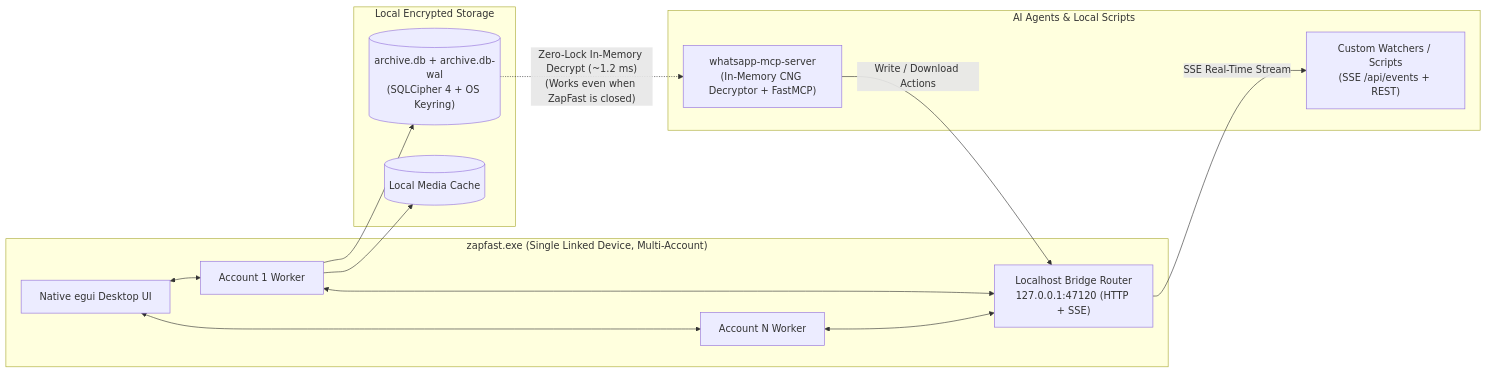
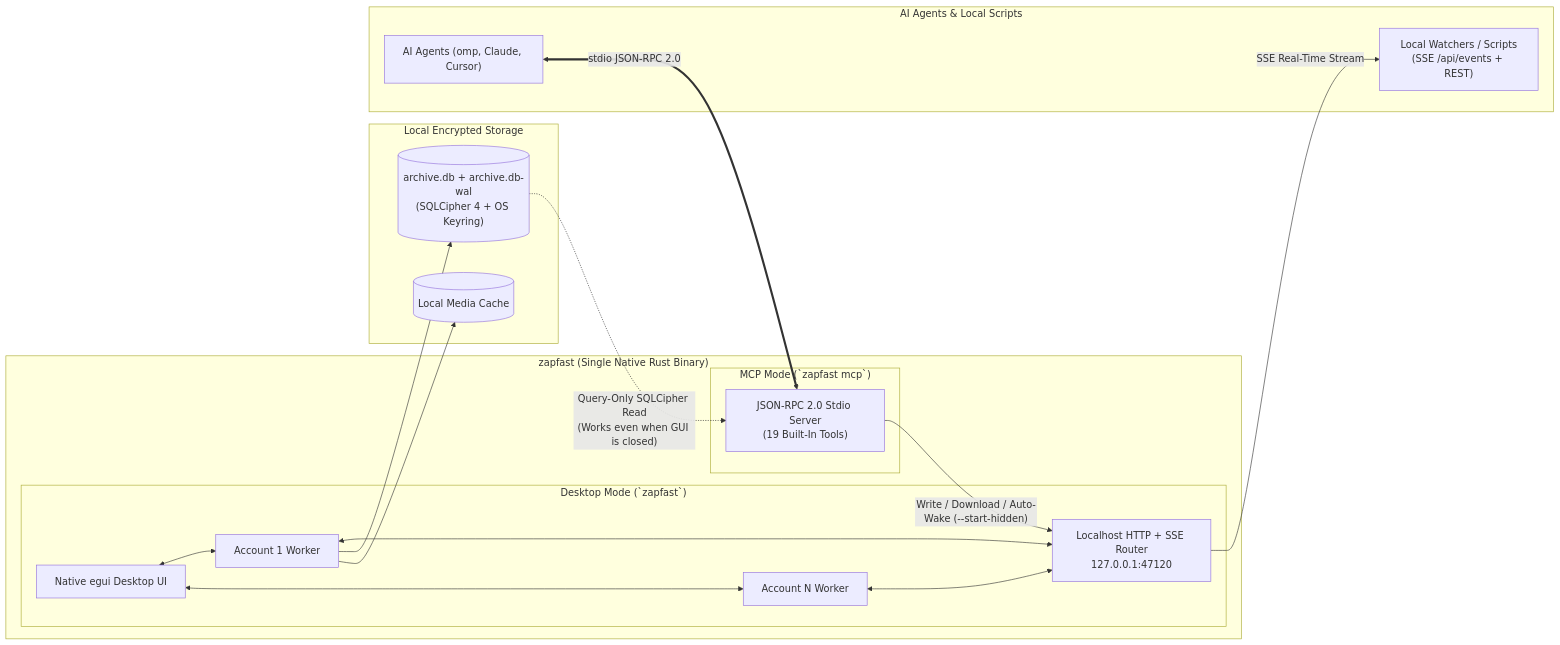
The diagram in README.md (PramaAditya/zapfast), drawn with Mermaid before and after one commit. The commit also changed other lines of this file and 4 other files, not shown here.

Commit message:
feat(mcp): embed native stdio MCP server (zapfast mcp) in Rust and update README

````diff
--- a/README.md
+++ b/README.md
@@ -66,29 +68,35 @@
 ```mermaid
 flowchart LR
-    subgraph ZapFast["zapfast.exe (Single Linked Device, Multi-Account)"]
-        UI["Native egui Desktop UI"]
-        W1["Account 1 Worker"]
-        W2["Account N Worker"]
-        Router["Localhost Bridge Router\n127.0.0.1:47120 (HTTP + SSE)"]
-        W1 <--> Router
-        W2 <--> Router
-        UI <--> W1
-        UI <--> W2
+    subgraph Binary["zapfast (Single Native Rust Binary)"]
+        subgraph GUI["Desktop Mode (`zapfast`)"]
+            UI["Native egui Desktop UI"]
+            W1["Account 1 Worker"]
+            W2["Account N Worker"]
+            Router["Localhost HTTP + SSE Router\n127.0.0.1:47120"]
+            W1 <--> Router
+            W2 <--> Router
+            UI <--> W1
+            UI <--> W2
+        end
+        subgraph Stdio["MCP Mode (`zapfast mcp`)"]
+            MCP["JSON-RPC 2.0 Stdio Server\n(19 Built-In Tools)"]
+        end
     end
 
     subgraph Storage["Local Encrypted Storage"]
         DB[("archive.db + archive.db-wal\n(SQLCipher 4 + OS Keyring)")]
         Media[("Local Media Cache")]
     end
 
     subgraph Clients["AI Agents & Local Scripts"]
-        MCP["whatsapp-mcp-server\n(In-Memory CNG Decryptor + FastMCP)"]
-        Scripts["Custom Watchers / Scripts\n(SSE /api/events + REST)"]
+        Agent["AI Agents (omp, Claude, Cursor)"]
+        Scripts["Local Watchers / Scripts\n(SSE /api/events + REST)"]
     end
 
+    Agent <== "stdio JSON-RPC 2.0" ==> MCP
     W1 --> DB
     W1 --> Media
-    DB -. "Zero-Lock In-Memory Decrypt (~1.2 ms)\n(Works even when ZapFast is closed)" .-> MCP
-    MCP -- "Write / Download Actions" --> Router
+    DB -. "Query-Only SQLCipher Read\n(Works even when GUI is closed)" .-> MCP
+    MCP -- "Write / Download / Auto-Wake (--start-hidden)" --> Router
     Router -- "SSE Real-Time Stream" --> Scripts
 ```
````
